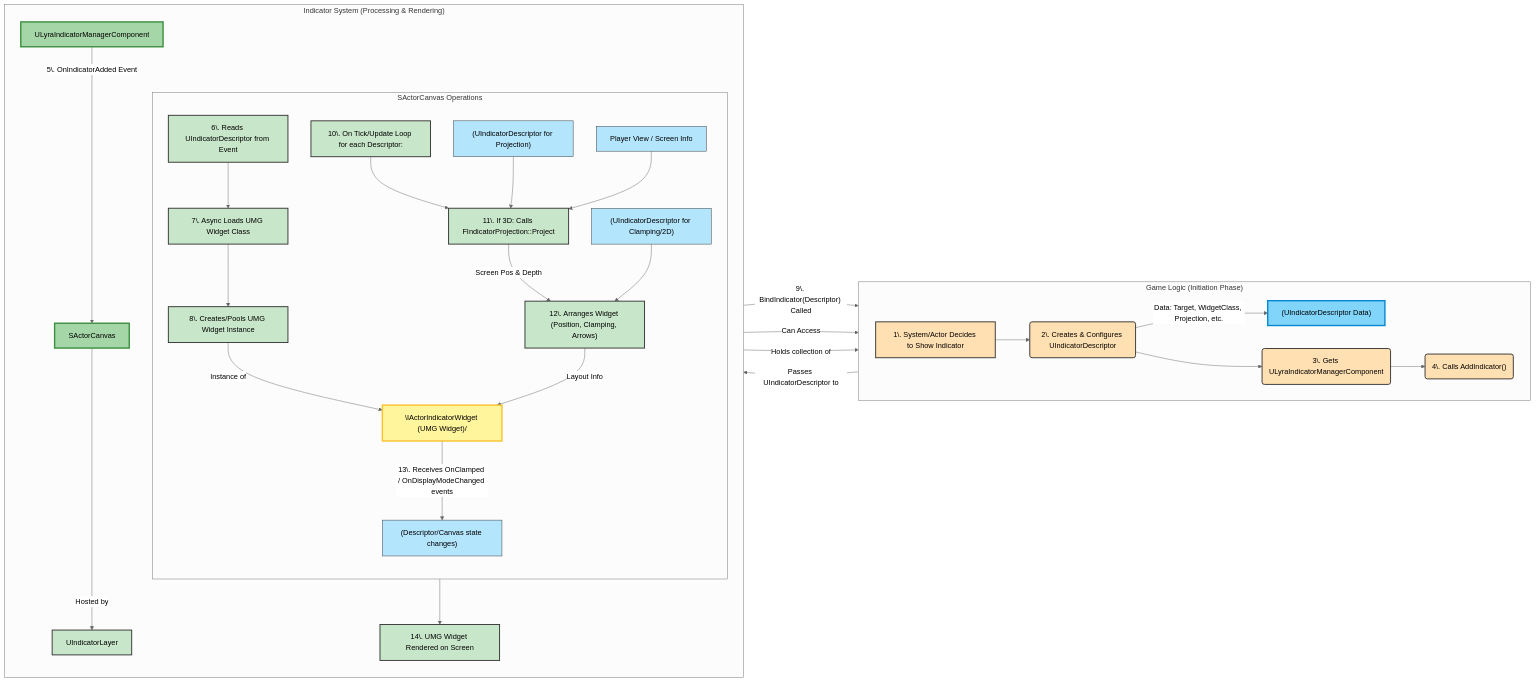
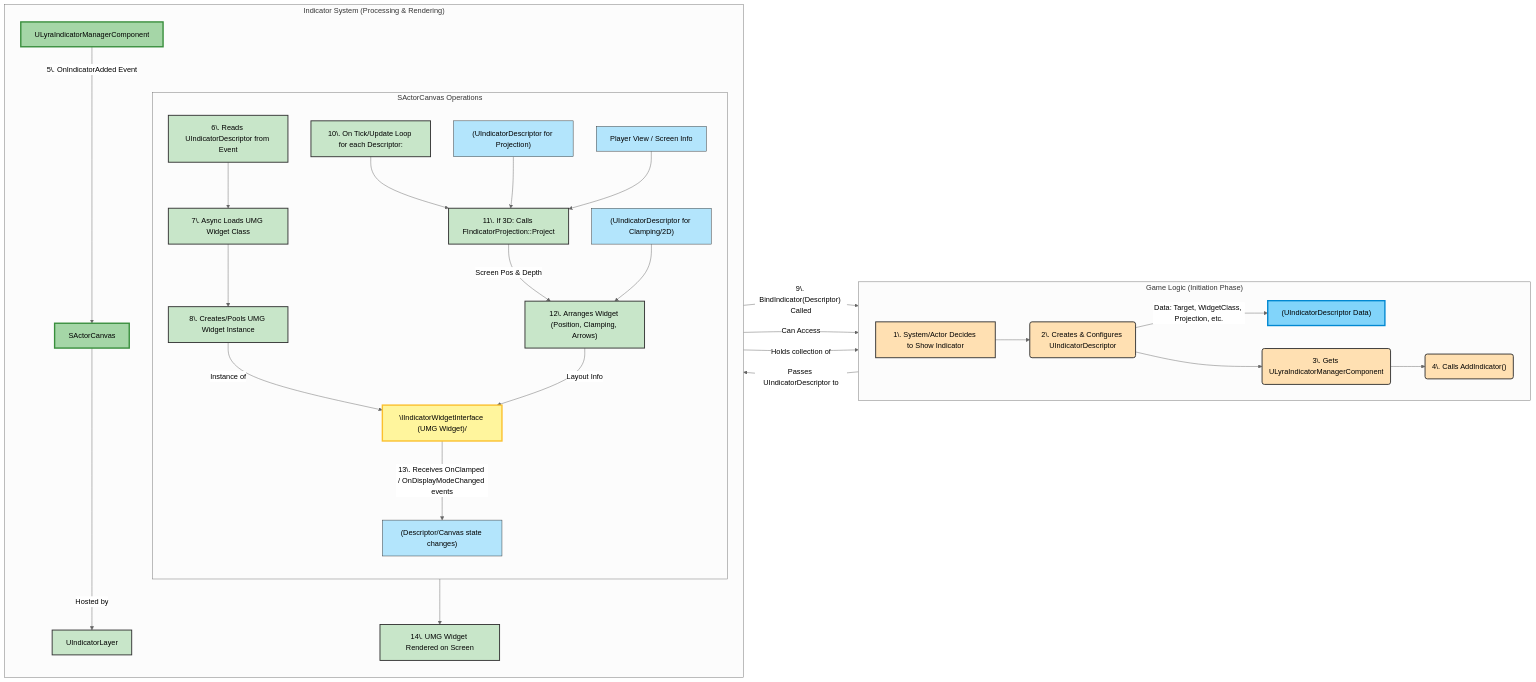
Before and after one commit to outliyr/outliyr-docs: the diagram in outliyr-framework/docs/base-lyra-modified/ui/lyra-indicator-system/core-concepts-and-architecture.md, drawn with Mermaid (neutral theme). The commit also changed other lines of this file and 41 other files, not shown here.

````diff
--- a/outliyr-framework/docs/base-lyra-modified/ui/lyra-indicator-system/core-concepts-and-architecture.md
+++ b/outliyr-framework/docs/base-lyra-modified/ui/lyra-indicator-system/core-concepts-and-architecture.md
@@ -94,60 +94,60 @@
 ```mermaid
 graph LR
     %% Subgraph for external initiation
     subgraph Game_Logic ["Game Logic (Initiation Phase)"]
         direction LR
         A["1\. System/Actor Decides to Show Indicator"] --> B("2\. Creates & Configures UIndicatorDescriptor");
         B -- Data: Target, WidgetClass, Projection, etc. --> DESC_Data["(UIndicatorDescriptor Data)"];
         B --> C("3\. Gets ULyraIndicatorManagerComponent");
         C --> D("4\. Calls AddIndicator()");
     end
 
     %% Subgraph for the core system processing
     subgraph Indicator_System_Processing ["Indicator System (Processing & Rendering)"]
         direction TB
 
         MANAGER["ULyraIndicatorManagerComponent"] -- 5\. OnIndicatorAdded Event --> SAC["SActorCanvas"];
         SAC -- Hosted by --> UIL[UIndicatorLayer];
         
         subgraph SActorCanvas_Operations ["SActorCanvas Operations"]
             direction TB
             SAC_Reads_Desc["6\. Reads UIndicatorDescriptor from Event"] --> SAC_Load_Widget["7\. Async Loads UMG Widget Class"];
             SAC_Load_Widget --> SAC_Create_Widget["8\. Creates/Pools UMG Widget Instance"];
-            SAC_Create_Widget -- Instance of --> WIDGET_INSTANCE["\IActorIndicatorWidget (UMG Widget)/"];
+            SAC_Create_Widget -- Instance of --> WIDGET_INSTANCE["\IIndicatorWidgetInterface (UMG Widget)/"];
             WIDGET_INSTANCE -- 9\. BindIndicator(Descriptor) Called --> DESC_Data;
             WIDGET_INSTANCE -- Can Access --> DESC_Data;
             
             SAC_Tick["10\. On Tick/Update Loop for each Descriptor:"] --> SAC_Project["11\. If 3D: Calls FIndicatorProjection::Project"];
             DESC_Data_For_Proj["(UIndicatorDescriptor for Projection)"] --> SAC_Project;
             PLAYER_VIEW[Player View / Screen Info] --> SAC_Project;
             SAC_Project -- Screen Pos & Depth --> SAC_Arrange["12\. Arranges Widget (Position, Clamping, Arrows)"];
             DESC_Data_For_Arrange["(UIndicatorDescriptor for Clamping/2D)"] --> SAC_Arrange;
             SAC_Arrange -- Layout Info --> WIDGET_INSTANCE;
             WIDGET_INSTANCE -- 13\. Receives OnClamped / OnDisplayModeChanged events --> DESC_Events["(Descriptor/Canvas state changes)"];
 
         end
         SAC_Arrange --> RENDERED_WIDGET[14\. UMG Widget Rendered on Screen];
     end
 
     %% Connections between subgraphs and key components
     D -- Passes UIndicatorDescriptor to --> MANAGER;
     MANAGER -- Holds collection of --> DESC_Data;
 
     %% Styling
     classDef gameLogic fill:#ffe0b2,stroke:#333,stroke-width:2px;
     classDef systemCore fill:#c8e6c9,stroke:#333,stroke-width:2px;
     classDef data fill:#b3e5fc,stroke:#333,stroke-width:1px,linetype:dashed;
     classDef component fill:#e1bee7,stroke:#333,stroke-width:2px;
     classDef widget fill:#fff9c4,stroke:#333,stroke-width:2px;
     
     class A,B,C,D gameLogic;
     class MANAGER,SAC,UIL,SAC_Reads_Desc,SAC_Load_Widget,SAC_Create_Widget,SAC_Tick,SAC_Project,SAC_Arrange,RENDERED_WIDGET systemCore;
     class DESC_Data,DESC_Data_For_Proj,DESC_Data_For_Arrange,PLAYER_VIEW,DESC_Events data;
     class WIDGET_INSTANCE widget;
 
     %% Emphasize key components
     style MANAGER fill:#a5d6a7,stroke:#388e3c,stroke-width:3px
     style SAC fill:#a5d6a7,stroke:#388e3c,stroke-width:3px
     style DESC_Data fill:#81d4fa,stroke:#0288d1,stroke-width:3px
     style WIDGET_INSTANCE fill:#fff59d,stroke:#fbc02d,stroke-width:3px
 ```
````
